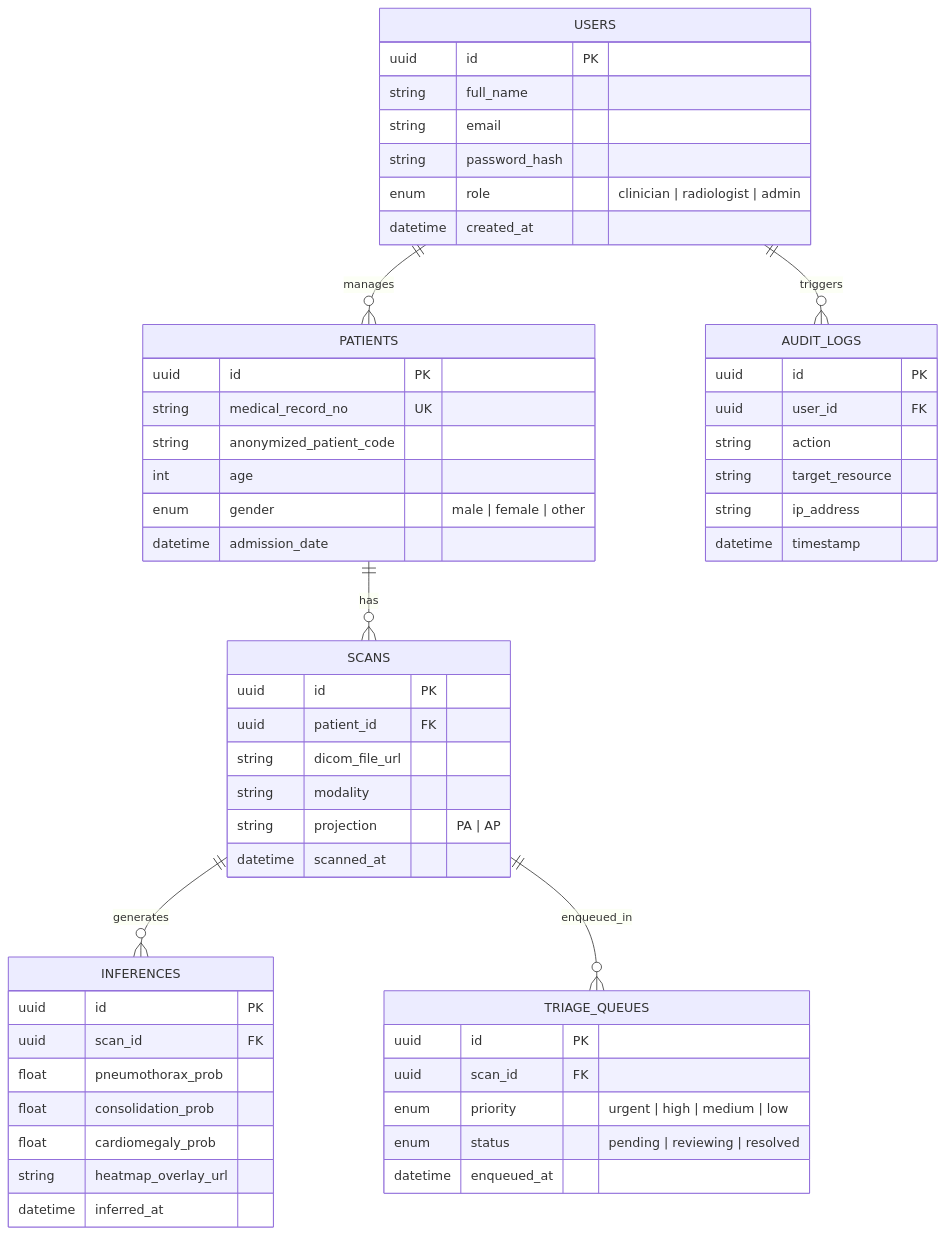
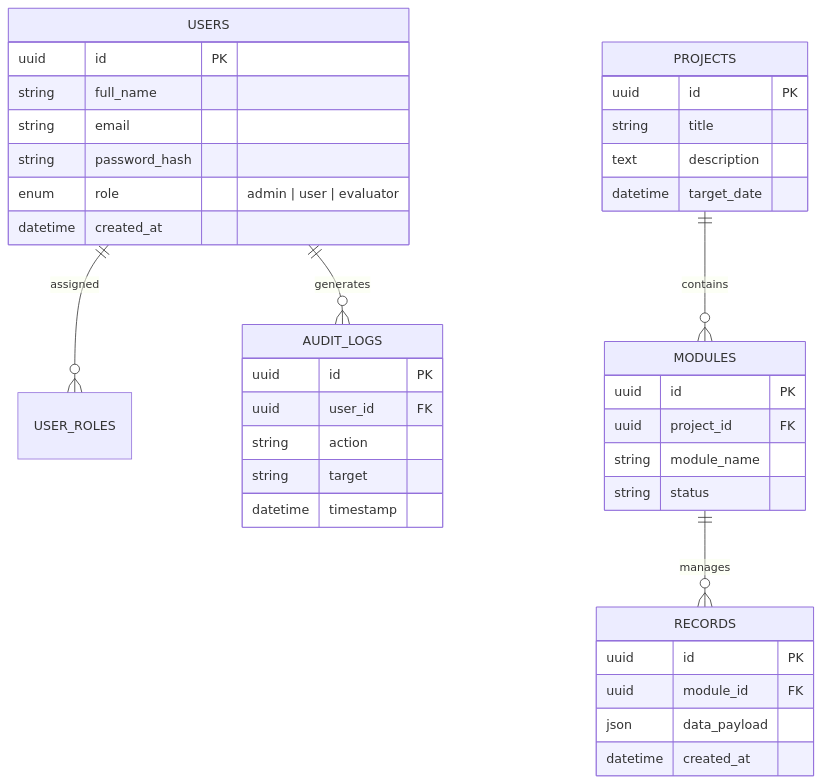
One commit to Realwaan/Capstone changed the second of 2 diagrams in docs/architecture/SYSTEM_ARCHITECTURE.md. Above: the diagram before and after it, drawn with Mermaid. The commit also changed other lines of this file and 9 other files, not shown here.

Commit message:
chore(reset): reset project data, tasks, and documentation to clean blank workflow template

````diff
--- a/docs/architecture/SYSTEM_ARCHITECTURE.md
+++ b/docs/architecture/SYSTEM_ARCHITECTURE.md
@@ -48,62 +37,45 @@
 ```mermaid
 erDiagram
-    USERS ||--o{ PATIENTS : "manages"
-    PATIENTS ||--o{ SCANS : "has"
-    SCANS ||--o{ INFERENCES : "generates"
-    SCANS ||--o{ TRIAGE_QUEUES : "enqueued_in"
-    USERS ||--o{ AUDIT_LOGS : "triggers"
+    USERS ||--o{ USER_ROLES : "assigned"
+    USERS ||--o{ AUDIT_LOGS : "generates"
+    PROJECTS ||--o{ MODULES : "contains"
+    MODULES ||--o{ RECORDS : "manages"
 
     USERS {
         uuid id PK
         string full_name
         string email
         string password_hash
-        enum role "clinician | radiologist | admin"
+        enum role "admin | user | evaluator"
         datetime created_at
     }
 
-    PATIENTS {
+    PROJECTS {
         uuid id PK
-        string medical_record_no UK
-        string anonymized_patient_code
-        int age
-        enum gender "male | female | other"
-        datetime admission_date
+        string title
+        text description
+        datetime target_date
     }
 
-    SCANS {
+    MODULES {
         uuid id PK
-        uuid patient_id FK
-        string dicom_file_url
-        string modality
-        string projection "PA | AP"
-        datetime scanned_at
+        uuid project_id FK
+        string module_name
+        string status
     }
 
-    INFERENCES {
+    RECORDS {
         uuid id PK
-        uuid scan_id FK
-        float pneumothorax_prob
-        float consolidation_prob
-        float cardiomegaly_prob
-        string heatmap_overlay_url
-        datetime inferred_at
-    }
-
-    TRIAGE_QUEUES {
-        uuid id PK
-        uuid scan_id FK
-        enum priority "urgent | high | medium | low"
-        enum status "pending | reviewing | resolved"
-        datetime enqueued_at
+        uuid module_id FK
+        json data_payload
+        datetime created_at
     }
 
     AUDIT_LOGS {
         uuid id PK
         uuid user_id FK
         string action
-        string target_resource
-        string ip_address
+        string target
         datetime timestamp
     }
 ```
````
